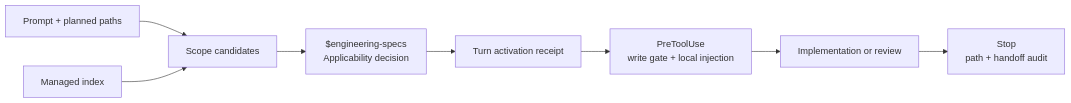
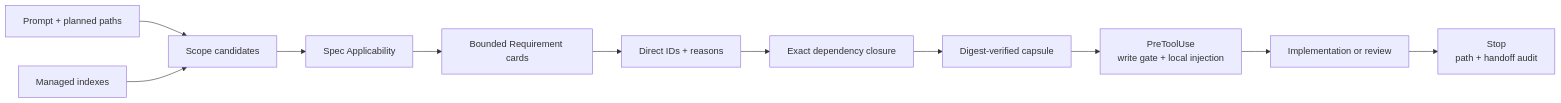
The second of 2 diagrams in docs/design-docs/engineering-spec-management.md (XiaoWeiKIN/RepoFoundryAI), drawn with Mermaid before and after one commit. The commit also changed other lines of this file and 25 other files, not shown here.

Commit message:
feat: activate exact engineering requirements

````diff
--- a/docs/design-docs/engineering-spec-management.md
+++ b/docs/design-docs/engineering-spec-management.md
@@ -353,10 +385,13 @@
 ```mermaid
 flowchart LR
     P["Prompt + planned paths"] --> S["Scope candidates"]
-    I["Managed index"] --> S
-    S --> R["$engineering-specs<br/>Applicability decision"]
-    R --> E["Turn activation receipt"]
-    E --> H["PreToolUse<br/>write gate + local injection"]
+    I["Managed indexes"] --> S
+    S --> R["Spec Applicability"]
+    R --> C["Bounded Requirement cards"]
+    C --> D["Direct IDs + reasons"]
+    D --> E["Exact dependency closure"]
+    E --> X["Digest-verified capsule"]
+    X --> H["PreToolUse<br/>write gate + local injection"]
     H --> W["Implementation or review"]
     W --> A["Stop<br/>path + handoff audit"]
 ```
````
